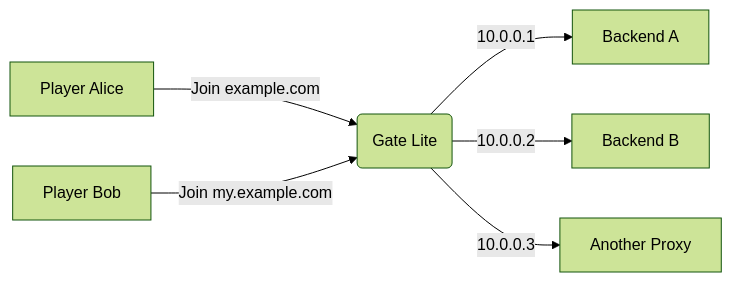
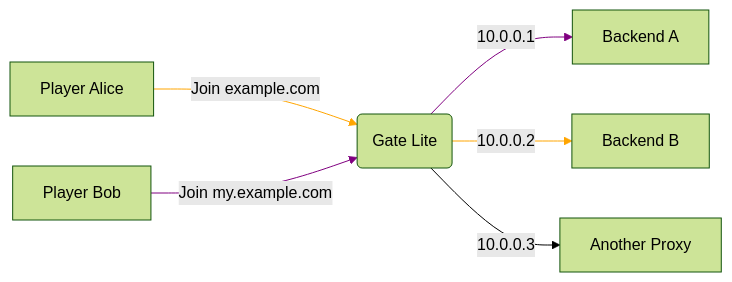
Before and after one commit to minekube/gate: the diagram in README.md, drawn with Mermaid (forest theme). The commit also changed 1 other file, not shown here.

Commit message:
Update lite diagram

````diff
--- a/README.md
+++ b/README.md
@@ -42,8 +42,13 @@
 ```mermaid
 graph LR
     A[Player Alice] -->|Join example.com| C(Gate Lite)
     B[Player Bob] -->|Join my.example.com| C(Gate Lite)
     C -->|10.0.0.1| D[Backend A]
     C -->|10.0.0.2| E[Backend B]
     C -->|10.0.0.3| F[Another Proxy]
+    
+    linkStyle 0 stroke:orange
+    linkStyle 1 stroke:purple
+    linkStyle 2 stroke:purple
+    linkStyle 3 stroke:orange
 ```
````
